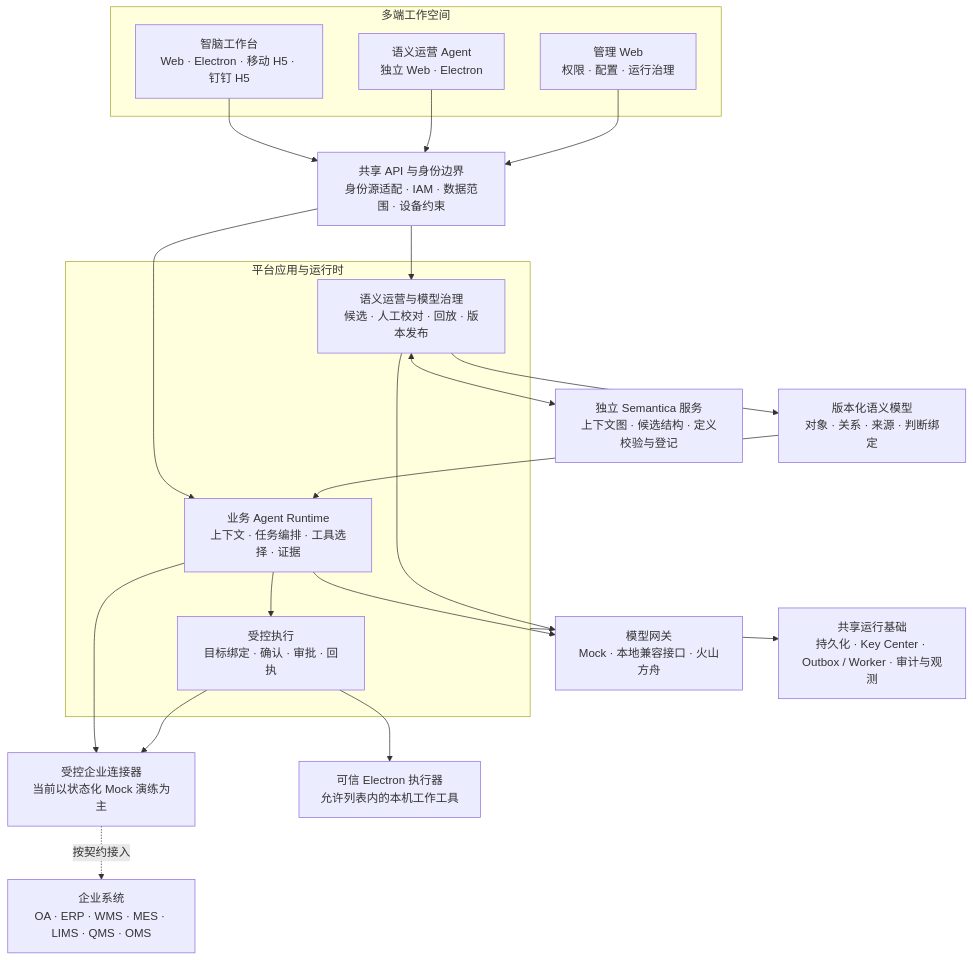
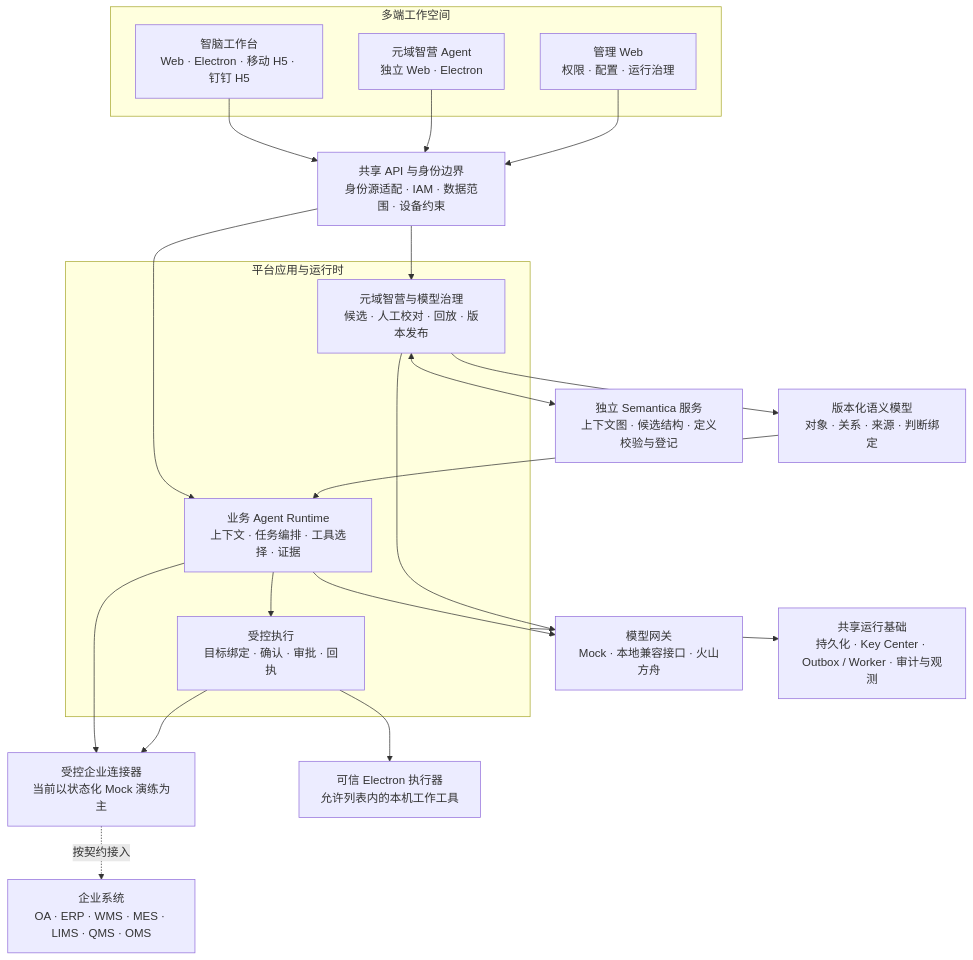
One commit to shulinw27-web/yuanyu-zhinao changed the diagram in README.md. Above: the diagram before and after it, drawn with Mermaid. The commit also changed other lines of this file and 106 other files, not shown here.

````diff
--- a/README.md
+++ b/README.md
@@ -145,30 +145,30 @@
 ```mermaid
 flowchart TB
     subgraph clients["多端工作空间"]
         business["智脑工作台<br/>Web · Electron · 移动 H5 · 钉钉 H5"]
-        semantic["语义运营 Agent<br/>独立 Web · Electron"]
+        semantic["元域智营 Agent<br/>独立 Web · Electron"]
         admin["管理 Web<br/>权限 · 配置 · 运行治理"]
     end
     gateway["共享 API 与身份边界<br/>身份源适配 · IAM · 数据范围 · 设备约束"]
     business --> gateway
     semantic --> gateway
     admin --> gateway
     subgraph platform["平台应用与运行时"]
         runtime["业务 Agent Runtime<br/>上下文 · 任务编排 · 工具选择 · 证据"]
-        authoring["语义运营与模型治理<br/>候选 · 人工校对 · 回放 · 版本发布"]
+        authoring["元域智营与模型治理<br/>候选 · 人工校对 · 回放 · 版本发布"]
         execution["受控执行<br/>目标绑定 · 确认 · 审批 · 回执"]
     end
     gateway --> runtime
     gateway --> authoring
     runtime --> execution
     authoring --> contracts["版本化语义模型<br/>对象 · 关系 · 来源 · 判断绑定"]
     contracts --> runtime
     authoring <--> semantica["独立 Semantica 服务<br/>上下文图 · 候选结构 · 定义校验与登记"]
     runtime --> model["模型网关<br/>Mock · 本地兼容接口 · 火山方舟"]
     authoring --> model
     runtime --> connectors["受控企业连接器<br/>当前以状态化 Mock 演练为主"]
     execution --> connectors
     connectors -. "按契约接入" .-> enterprise["企业系统<br/>OA · ERP · WMS · MES · LIMS · QMS · OMS"]
     execution --> desktop["可信 Electron 执行器<br/>允许列表内的本机工作工具"]
     platform --> foundation["共享运行基础<br/>持久化 · Key Center · Outbox / Worker · 审计与观测"]
 ```
````
